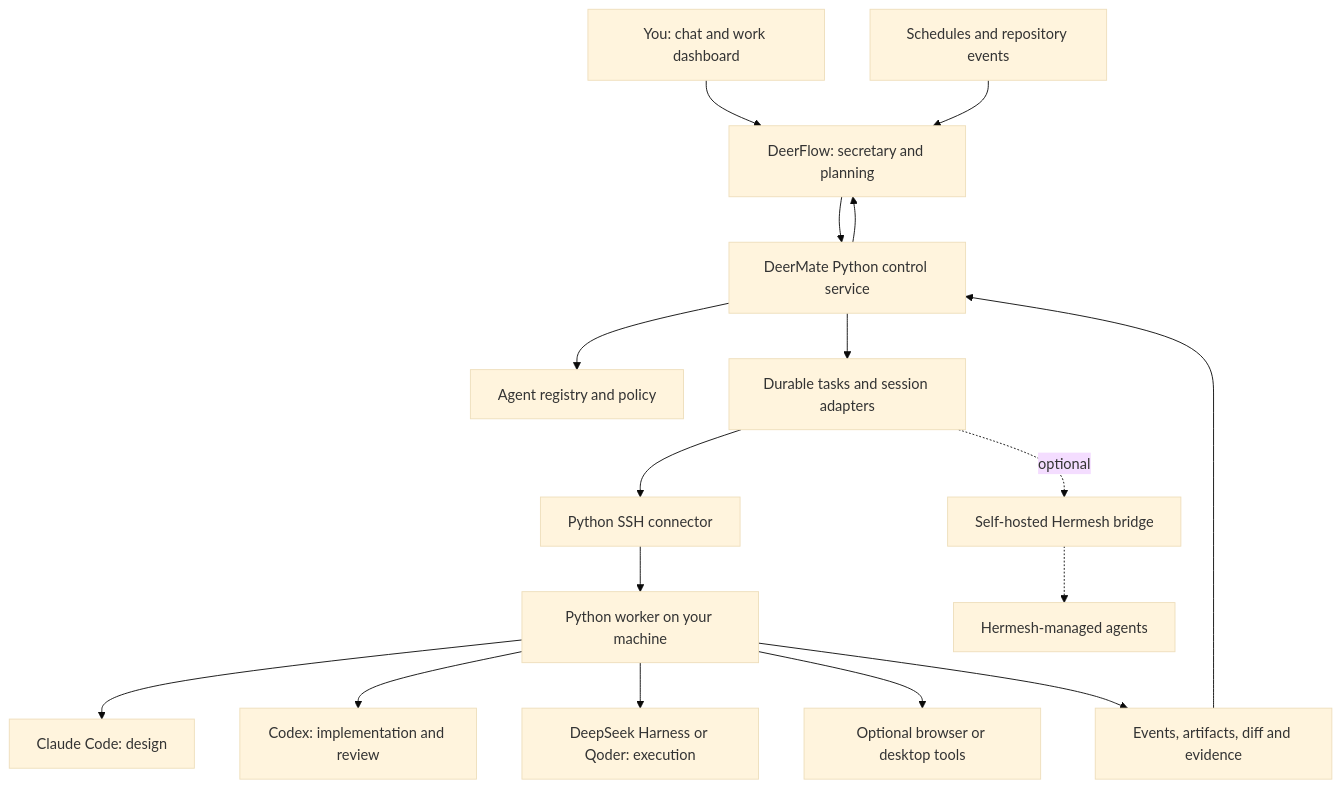
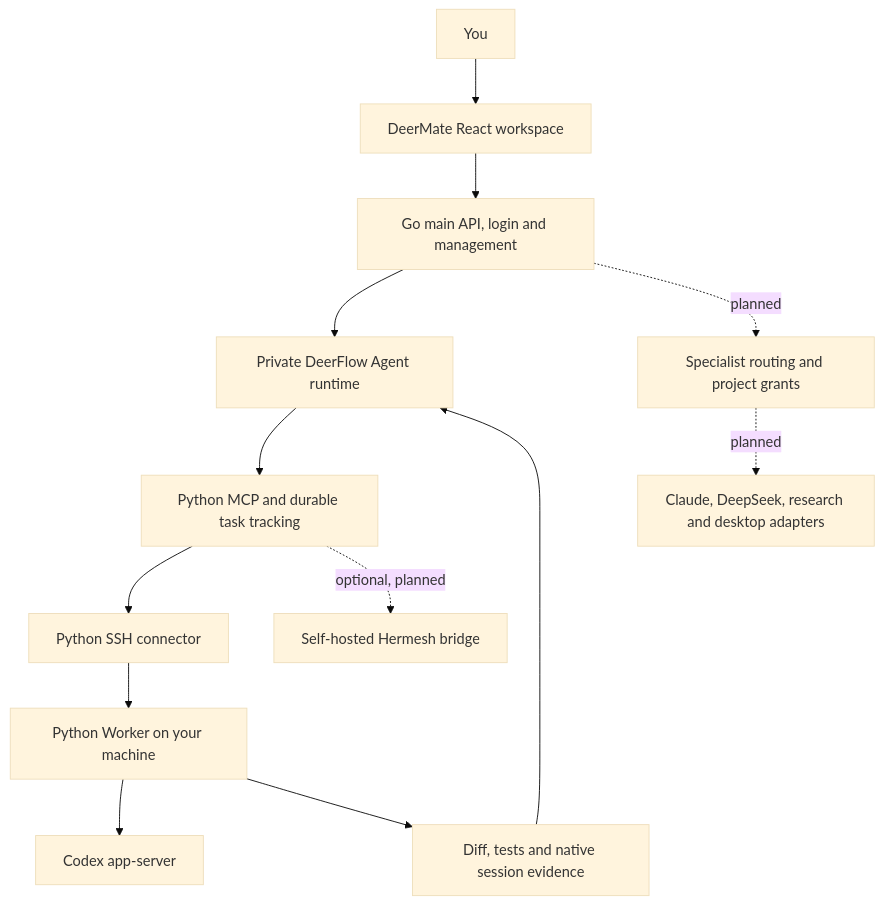
Before and after one commit to mzydmer/deermate: the diagram in README.md, drawn with Mermaid (base theme). The commit also changed other lines of this file and 39 other files, not shown here.

Commit message:
feat: migrate main and management APIs to a Go control plane

````diff
--- a/README.md
+++ b/README.md
@@ -96,19 +96,15 @@
 ```mermaid
 flowchart TD
-    You[You: chat and work dashboard] --> DeerFlow[DeerFlow: secretary and planning]
-    Events[Schedules and repository events] --> DeerFlow
-    DeerFlow --> Control[DeerMate Python control service]
-    Control --> Registry[Agent registry and policy]
-    Control --> Tasks[Durable tasks and session adapters]
+    You[You] --> UI[DeerMate React workspace]
+    UI --> Go[Go main API, login and management]
+    Go --> Runtime[Private DeerFlow Agent runtime]
+    Runtime --> Tasks[Python MCP and durable task tracking]
     Tasks --> Link[Python SSH connector]
-    Link --> Worker[Python worker on your machine]
-    Tasks -. optional .-> Hermesh[Self-hosted Hermesh bridge]
-    Hermesh -.-> External[Hermesh-managed agents]
-    Worker --> Claude[Claude Code: design]
-    Worker --> Codex[Codex: implementation and review]
-    Worker --> DSH[DeepSeek Harness or Qoder: execution]
-    Worker --> Desktop[Optional browser or desktop tools]
-    Worker --> Results[Events, artifacts, diff and evidence]
-    Results --> Control
-    Control --> DeerFlow
+    Link --> Worker[Python Worker on your machine]
+    Worker --> Codex[Codex app-server]
+    Worker --> Results[Diff, tests and native session evidence]
+    Results --> Runtime
+    Go -. planned .-> Routing[Specialist routing and project grants]
+    Routing -. planned .-> Other[Claude, DeepSeek, research and desktop adapters]
+    Tasks -. optional, planned .-> Hermesh[Self-hosted Hermesh bridge]
 ```
````
